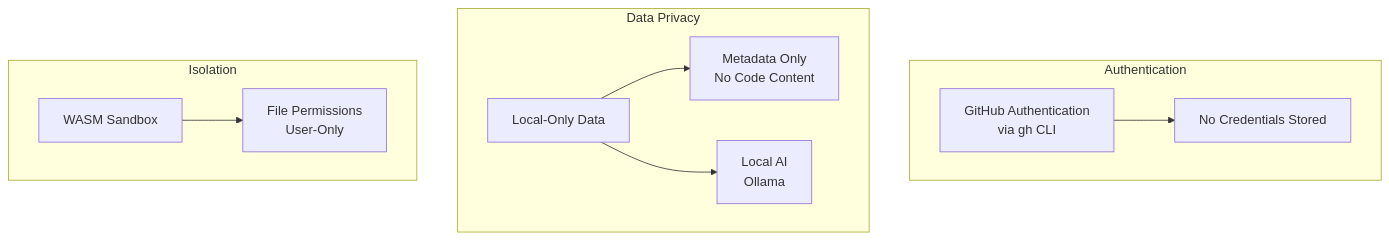
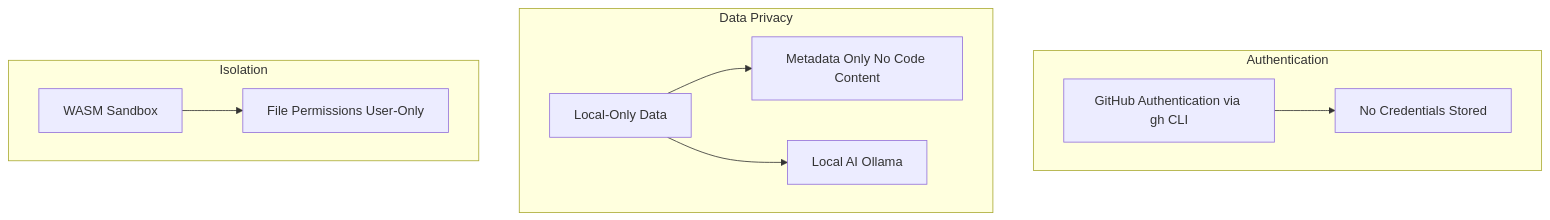
Diagram 11 of 11 in wiki/Architecture-Overview.md (softwarewrighter/overall), drawn with Mermaid before and after one commit. The commit also changed other lines of this file and 4 other files, not shown here.

First line of the commit message:
Fix wiki Mermaid diagrams: remove <br/> tags

````diff
--- a/wiki/Architecture-Overview.md
+++ b/wiki/Architecture-Overview.md
@@ -500,23 +500,23 @@
 ```mermaid
 graph TB
     subgraph "Authentication"
-        GHAuth[GitHub Authentication<br/>via gh CLI]
+        GHAuth[GitHub Authentication via gh CLI]
         NoStore[No Credentials Stored]
     end
 
     subgraph "Data Privacy"
         Local[Local-Only Data]
-        Metadata[Metadata Only<br/>No Code Content]
-        LocalAI[Local AI<br/>Ollama]
+        Metadata[Metadata Only No Code Content]
+        LocalAI[Local AI Ollama]
     end
 
     subgraph "Isolation"
         WASM[WASM Sandbox]
-        SQLite[File Permissions<br/>User-Only]
+        SQLite[File Permissions User-Only]
     end
 
     GHAuth --> NoStore
     Local --> Metadata
     Local --> LocalAI
     WASM --> SQLite
 ```
````
